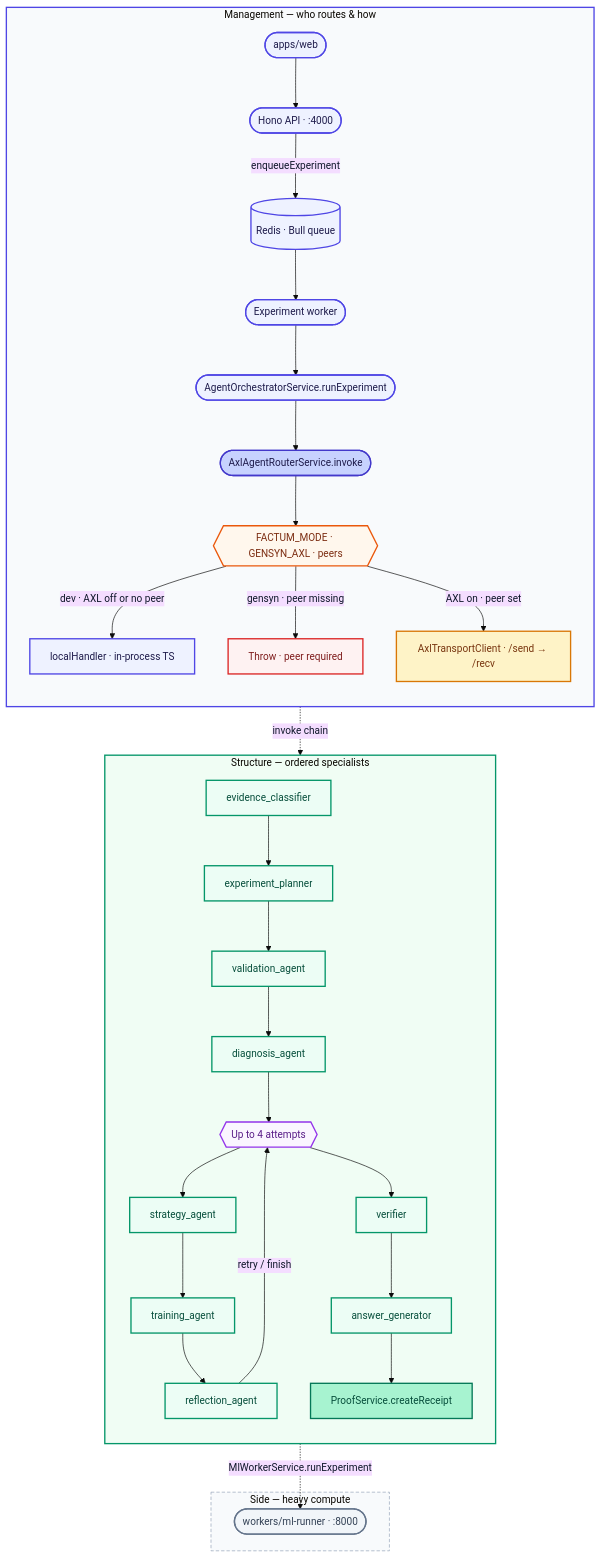
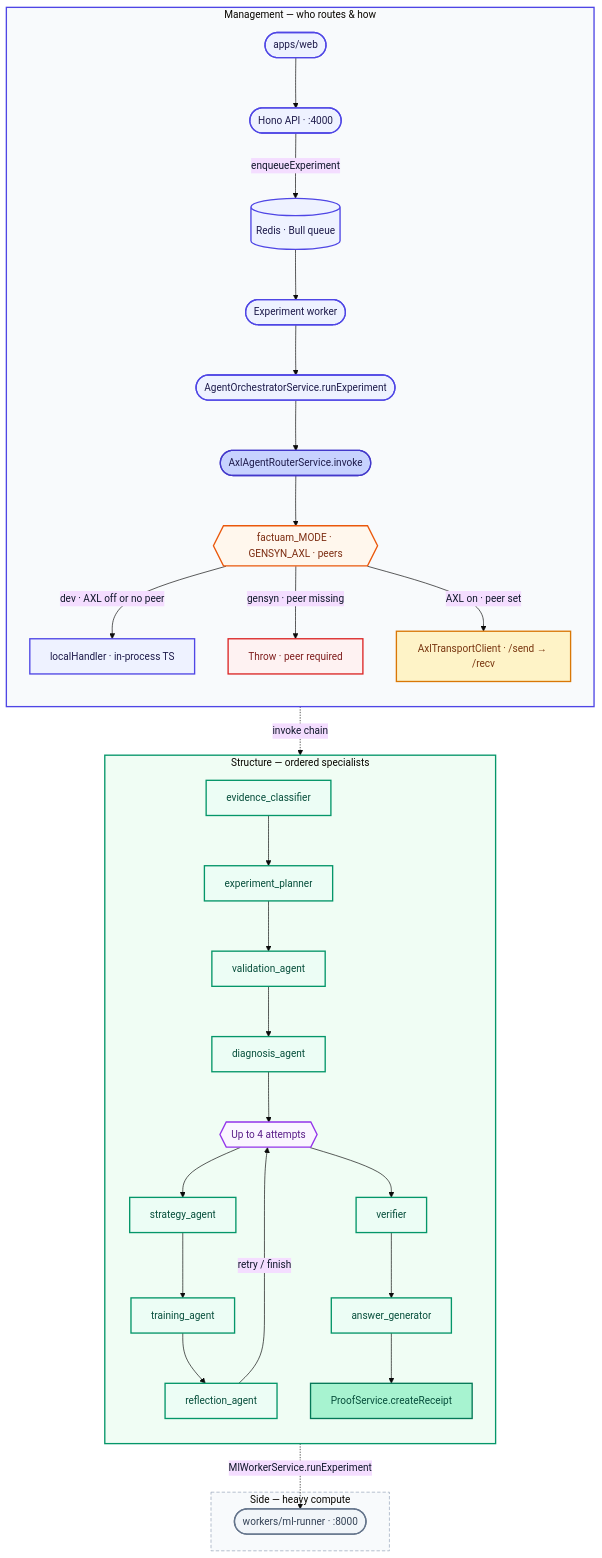
One commit to unabrijed/factuam-connector changed the first of 5 diagrams in docs/architecture-flow.md. Above: the diagram before and after it, drawn with Mermaid. The commit also changed other lines of this file and 141 other files, not shown here.

````diff
--- a/docs/architecture-flow.md
+++ b/docs/architecture-flow.md
@@ -25,68 +25,68 @@
 ```mermaid
 %%{init: {'theme': 'base', 'themeVariables': { 'fontSize': '15px', 'primaryTextColor': '#0f172a' }}}%%
 flowchart TB
   classDef mgmt fill:#eef2ff,stroke:#4f46e5,stroke-width:2px,color:#1e1b4b
   classDef mgmtHi fill:#c7d2fe,stroke:#4338ca,stroke-width:2px,color:#1e1b4b
   classDef struct fill:#ecfdf5,stroke:#059669,stroke-width:2px,color:#064e3b
   classDef structHi fill:#a7f3d0,stroke:#047857,stroke-width:2px,color:#064e3b
   classDef route fill:#fff7ed,stroke:#ea580c,stroke-width:2px,color:#7c2d12
   classDef axl fill:#fef3c7,stroke:#d97706,stroke-width:2px,color:#78350f
   classDef danger fill:#fef2f2,stroke:#dc2626,stroke-width:2px,color:#7f1d1d
   classDef side fill:#f1f5f9,stroke:#64748b,stroke-width:2px,color:#334155
   classDef loop fill:#faf5ff,stroke:#9333ea,stroke-width:2px,color:#581c87
 
   subgraph mgmt [" Management — who routes & how "]
     direction TB
     WEB([apps/web])
     API([Hono API · :4000])
     Q[("Redis · Bull queue")]
     W([Experiment worker])
     ORCH([AgentOrchestratorService.runExperiment])
     ROUTER([AxlAgentRouterService.invoke])
-    MODE{{FACTUM_MODE · GENSYN_AXL · peers}}
+    MODE{{factuam_MODE · GENSYN_AXL · peers}}
     WEB --> API -->|enqueueExperiment| Q --> W --> ORCH --> ROUTER
     ROUTER --> MODE
     MODE -->|dev · AXL off or no peer| LOCAL[localHandler · in-process TS]
     MODE -->|gensyn · peer missing| THROW[Throw · peer required]
     MODE -->|AXL on · peer set| AXL[AxlTransportClient · /send → /recv]
     class WEB,API,Q,W,ORCH mgmt
     class ROUTER mgmtHi
     class MODE route
     class LOCAL mgmt
     class THROW danger
     class AXL axl
   end
 
   subgraph struct [" Structure — ordered specialists "]
     direction TB
     C1[evidence_classifier]
     C2[experiment_planner]
     C3[validation_agent]
     C4[diagnosis_agent]
     LOOP{{"Up to 4 attempts"}}
     C5[strategy_agent]
     C6[training_agent]
     C7[reflection_agent]
     C8[verifier]
     C9[answer_generator]
     PROOF[ProofService.createReceipt]
     ORCH -.->|invoke chain| C1
     C1 --> C2 --> C3 --> C4 --> LOOP
     LOOP --> C5 --> C6 --> C7
     C7 -->|retry / finish| LOOP
     LOOP --> C8 --> C9 --> PROOF
     class C1,C2,C3,C4,C5,C6,C7,C8,C9 struct
     class PROOF structHi
     class LOOP loop
   end
 
   subgraph side [" Side — heavy compute "]
     ML([workers/ml-runner · :8000])
     C6 -.->|MlWorkerService.runExperiment| ML
     class ML side
   end
 
   style mgmt fill:#f8fafc,stroke:#4f46e5,stroke-width:2px
   style struct fill:#f0fdf4,stroke:#059669,stroke-width:2px
   style side fill:#f8fafc,stroke:#94a3b8,stroke-dasharray: 5 3
 ```
````
